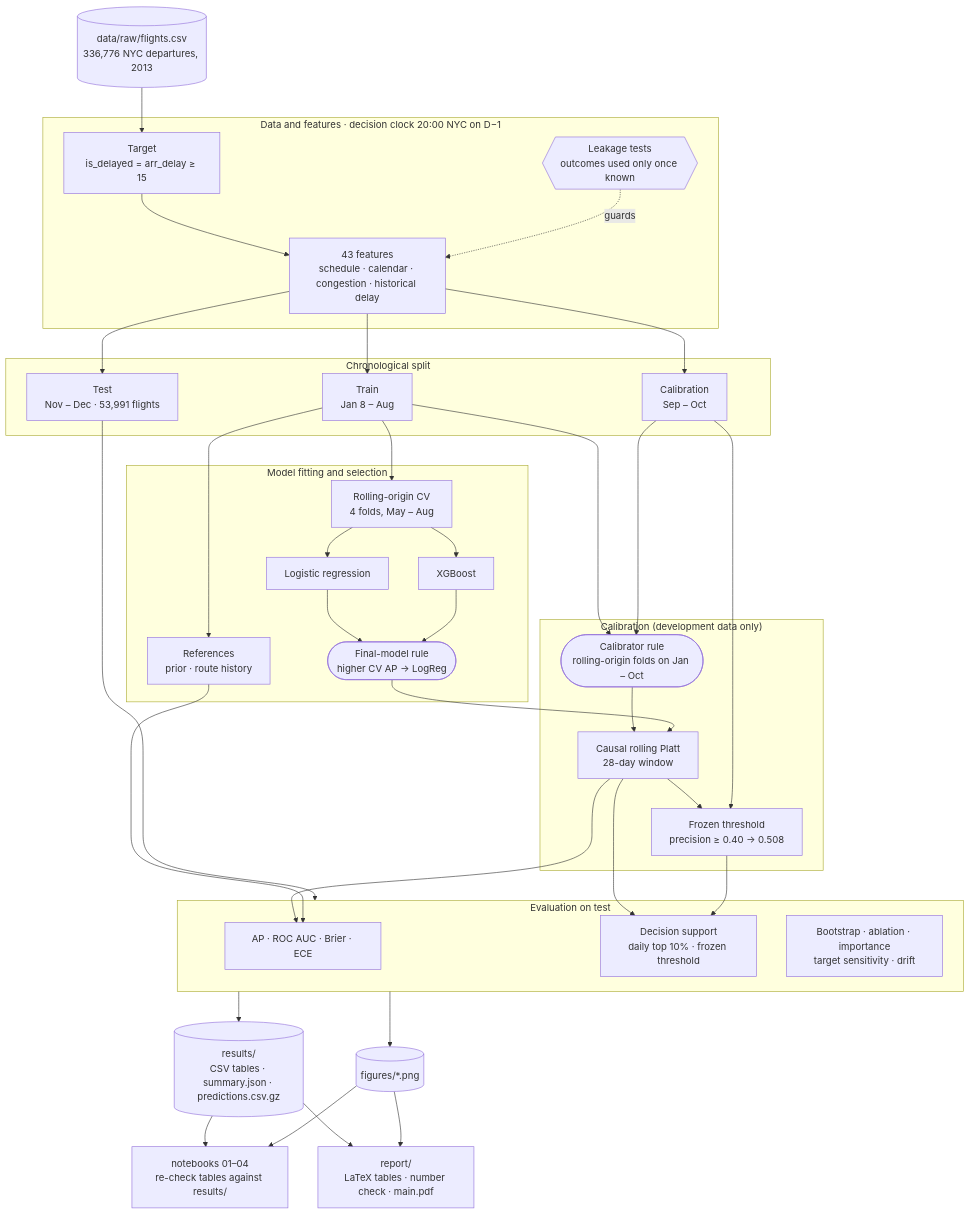
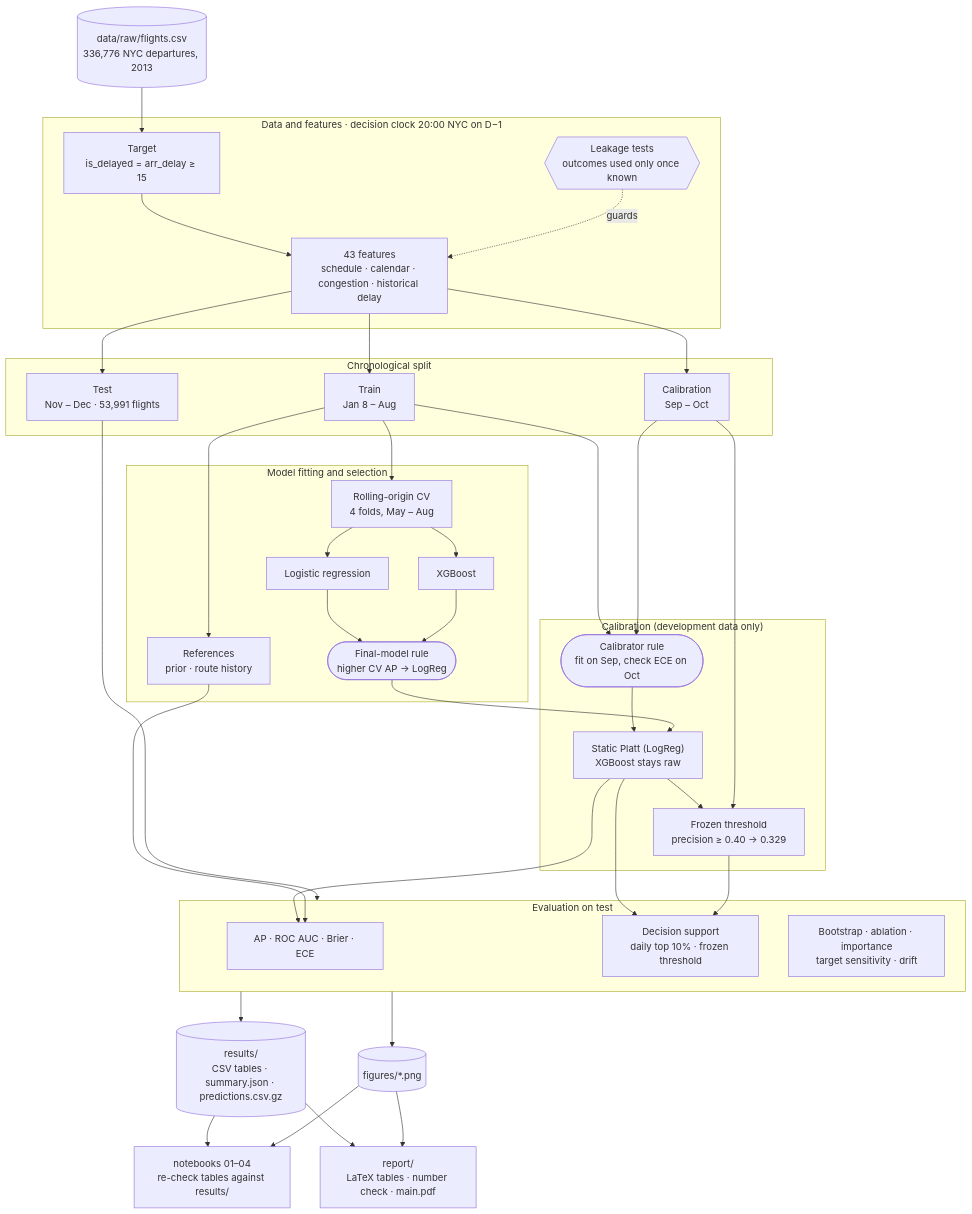
Before and after one commit to nipun1803/AeroCast-AI: the diagram in phase1/README.md, drawn with Mermaid. The commit also changed other lines of this file, not shown here.

Commit message:
docs: correct the Phase 1 README calibration rule and headline results to match the code and report

````diff
--- a/phase1/README.md
+++ b/phase1/README.md
@@ -19,60 +19,60 @@
 ```mermaid
 flowchart TD
     RAW[("data/raw/flights.csv<br/>336,776 NYC departures, 2013")]
 
     subgraph PREP["Data and features · decision clock 20:00 NYC on D−1"]
         TGT["Target<br/>is_delayed = arr_delay ≥ 15"]
         FEAT["43 features<br/>schedule · calendar · congestion · historical delay"]
         LEAK{{"Leakage tests<br/>outcomes used only once known"}}
         TGT --> FEAT
         LEAK -. guards .-> FEAT
     end
 
     subgraph SPLIT["Chronological split"]
         TRAIN["Train<br/>Jan 8 – Aug"]
         CALD["Calibration<br/>Sep – Oct"]
         TEST["Test<br/>Nov – Dec · 53,991 flights"]
     end
 
     RAW --> TGT
     FEAT --> TRAIN & CALD & TEST
 
     subgraph FIT["Model fitting and selection"]
         CV["Rolling-origin CV<br/>4 folds, May – Aug"]
         LR["Logistic regression"]
         XGB["XGBoost"]
         SEL(["Final-model rule<br/>higher CV AP → LogReg"])
         REF["References<br/>prior · route history"]
         CV --> LR & XGB --> SEL
     end
 
     TRAIN --> CV
     TRAIN --> REF
 
     subgraph CALIB["Calibration (development data only)"]
-        CSEL(["Calibrator rule<br/>rolling-origin folds on Jan – Oct"])
-        PLATT["Causal rolling Platt<br/>28-day window"]
-        THR["Frozen threshold<br/>precision ≥ 0.40 → 0.508"]
+        CSEL(["Calibrator rule<br/>fit on Sep, check ECE on Oct"])
+        PLATT["Static Platt (LogReg)<br/>XGBoost stays raw"]
+        THR["Frozen threshold<br/>precision ≥ 0.40 → 0.329"]
         CSEL --> PLATT --> THR
     end
 
     SEL --> PLATT
     TRAIN & CALD --> CSEL
     CALD --> THR
 
     subgraph EVAL["Evaluation on test"]
         MET["AP · ROC AUC · Brier · ECE"]
         POL["Decision support<br/>daily top 10% · frozen threshold"]
         DIAG["Bootstrap · ablation · importance<br/>target sensitivity · drift"]
     end
 
     TEST --> EVAL
     PLATT --> MET & POL
     THR --> POL
     REF --> MET
 
     EVAL --> RES[("results/<br/>CSV tables · summary.json · predictions.csv.gz")]
     EVAL --> FIGS[("figures/*.png")]
     RES & FIGS --> NB["notebooks 01–04<br/>re-check tables against results/"]
     RES & FIGS --> REP["report/<br/>LaTeX tables · number check · main.pdf"]
 ```
````
